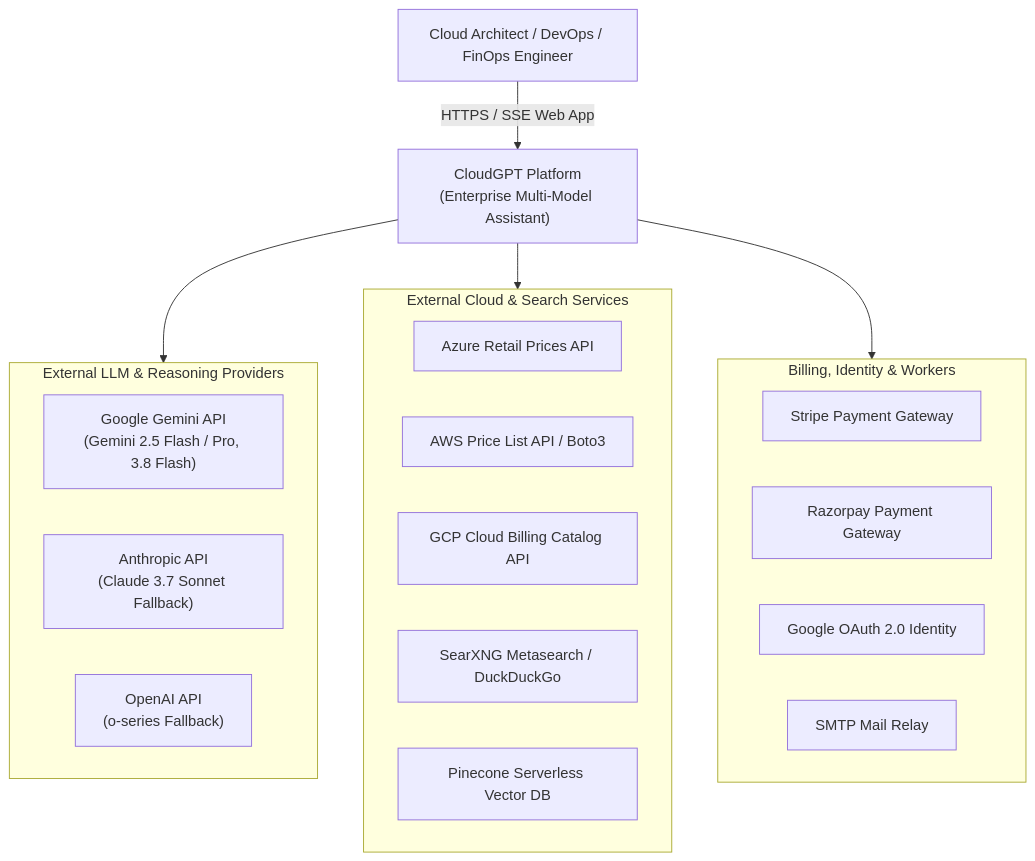
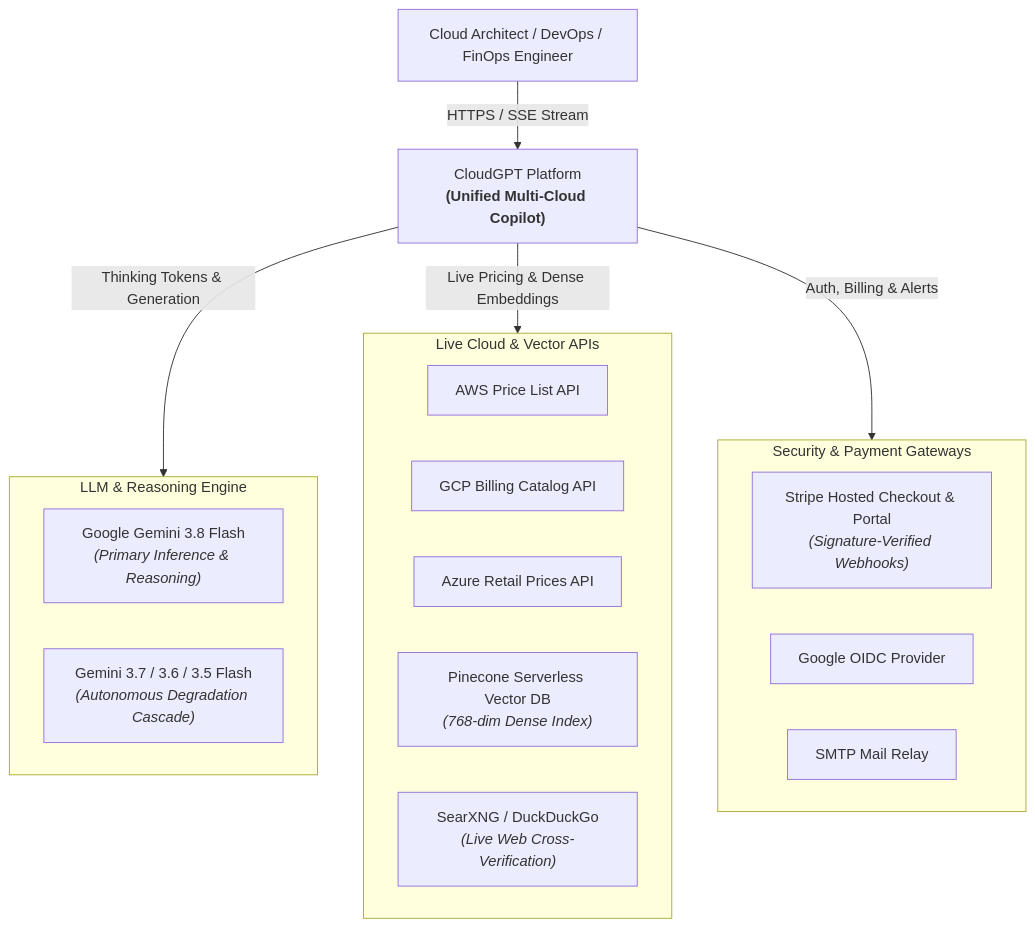
The first of 9 diagrams in docs/system-architecture.md (Fazil29IND/CloudGPT), drawn with Mermaid before and after one commit. The commit also changed other lines of this file and 18 other files, not shown here.

Commit message:
feat: implement Stripe-exclusive billing system with new API routes, service logic, and frontend pricing pages.

````diff
--- a/docs/system-architecture.md
+++ b/docs/system-architecture.md
@@ -43,31 +66,29 @@
 ```mermaid
 graph TD
     User["Cloud Architect / DevOps / FinOps Engineer"]
-    CloudGPT["CloudGPT Platform<br/>(Enterprise Multi-Model Assistant)"]
-  
-    subgraph External_AI_Providers ["External LLM & Reasoning Providers"]
-        Google["Google Gemini API<br/>(Gemini 2.5 Flash / Pro, 3.8 Flash)"]
-        Anthropic["Anthropic API<br/>(Claude 3.7 Sonnet Fallback)"]
-        OpenAI["OpenAI API<br/>(o-series Fallback)"]
+    CloudGPT["CloudGPT Platform<br/><b>(Unified Multi-Cloud Copilot)</b>"]
+
+    subgraph LLM_Chain ["LLM & Reasoning Engine"]
+        Gemini38["Google Gemini 3.8 Flash<br/><i>(Primary Inference & Reasoning)</i>"]
+        GeminiFallback["Gemini 3.7 / 3.6 / 3.5 Flash<br/><i>(Autonomous Degradation Cascade)</i>"]
     end
 
-    subgraph External_Cloud_APIs ["External Cloud & Search Services"]
+    subgraph Cloud_APIs ["Live Cloud & Vector APIs"]
+        AWSPrice["AWS Price List API"]
+        GCPBilling["GCP Billing Catalog API"]
         AzureRetail["Azure Retail Prices API"]
-        AWSPricingAPI["AWS Price List API / Boto3"]
-        GCPCatalog["GCP Cloud Billing Catalog API"]
-        SearXNGAPI["SearXNG Metasearch / DuckDuckGo"]
-        PineconeDB["Pinecone Serverless Vector DB"]
+        Pinecone["Pinecone Serverless Vector DB<br/><i>(768-dim Dense Index)</i>"]
+        SearXNG["SearXNG / DuckDuckGo<br/><i>(Live Web Cross-Verification)</i>"]
     end
 
-    subgraph External_Gateways ["Billing, Identity & Workers"]
-        StripeGW["Stripe Payment Gateway"]
-        RazorpayGW["Razorpay Payment Gateway"]
-        GoogleOIDC["Google OAuth 2.0 Identity"]
-        SMTPRelay["SMTP Mail Relay"]
+    subgraph External_Gateways ["Security & Payment Gateways"]
+        Stripe["Stripe Hosted Checkout & Portal<br/><i>(Signature-Verified Webhooks)</i>"]
+        GoogleOAuth["Google OIDC Provider"]
+        SMTP["SMTP Mail Relay"]
     end
 
-    User -->|HTTPS / SSE Web App| CloudGPT
-    CloudGPT --> External_AI_Providers
-    CloudGPT --> External_Cloud_APIs
-    CloudGPT --> External_Gateways
+    User -->|HTTPS / SSE Stream| CloudGPT
+    CloudGPT -->|Thinking Tokens & Generation| LLM_Chain
+    CloudGPT -->|Live Pricing & Dense Embeddings| Cloud_APIs
+    CloudGPT -->|Auth, Billing & Alerts| External_Gateways
 ```
````
